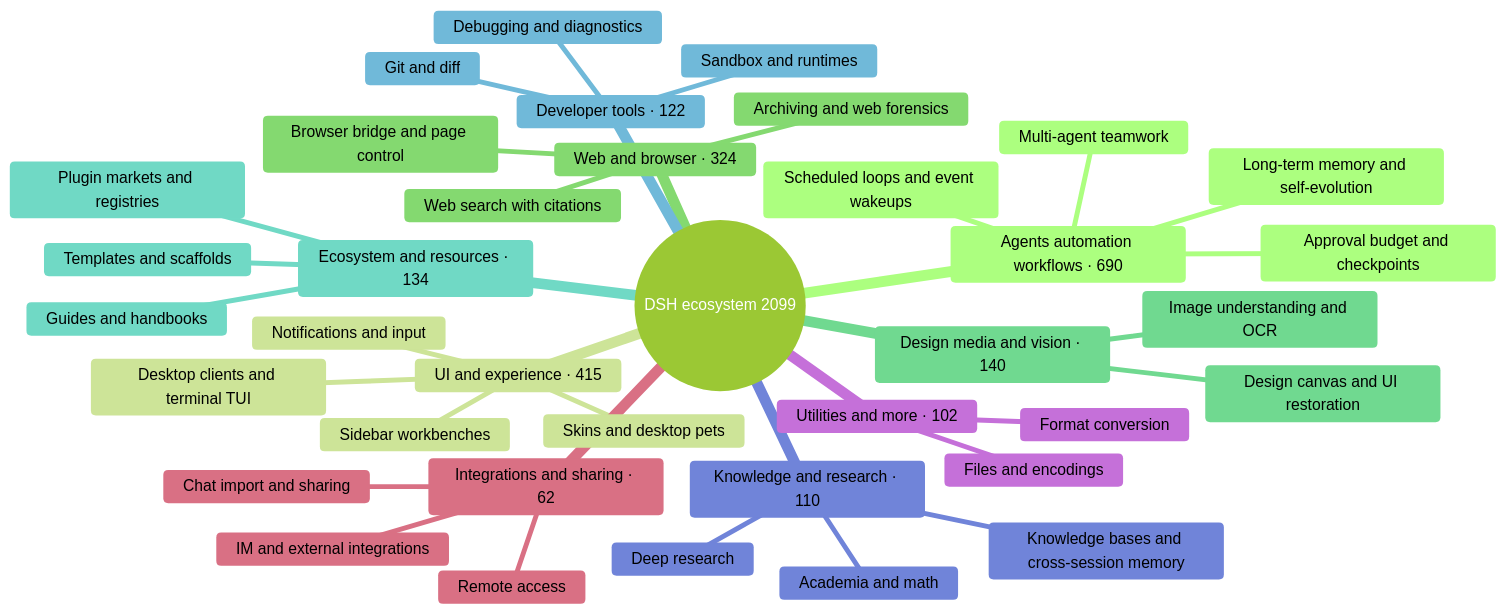
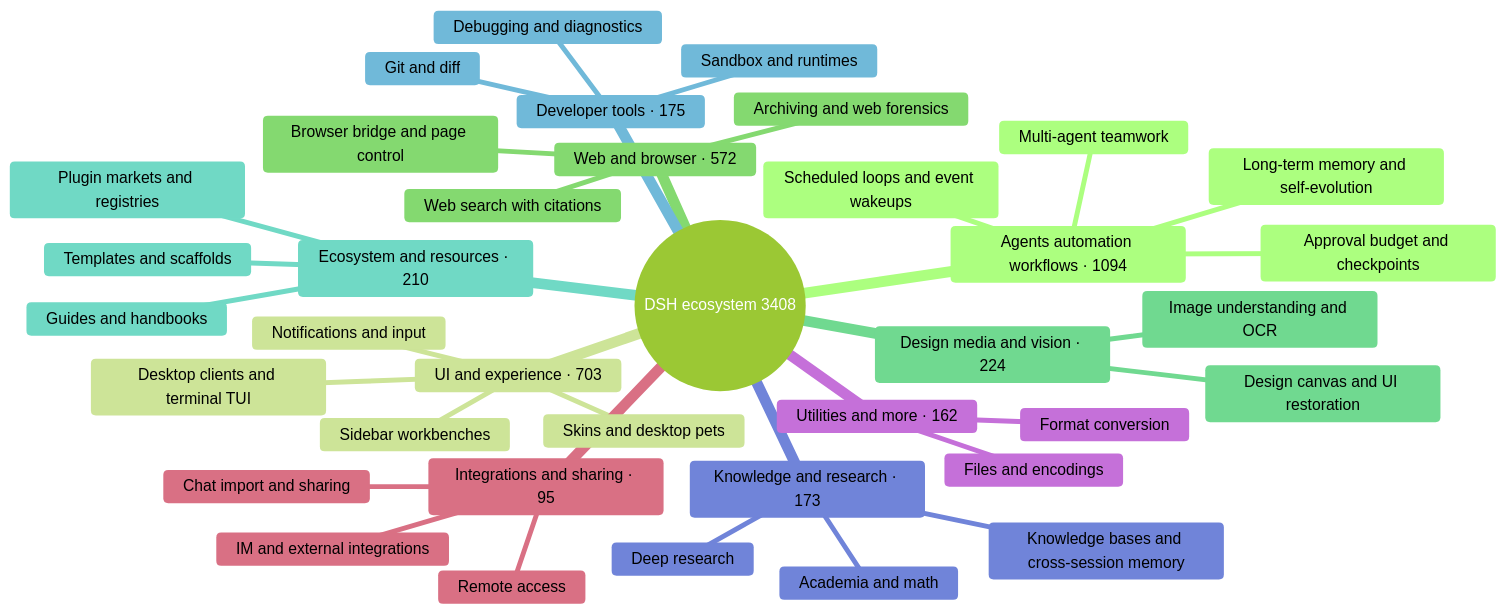
One commit to PGZXB/awesome-dsh-plugin-3 changed the diagram in README_EN.md. Above: the diagram before and after it, drawn with Mermaid (forest theme). The commit also changed other lines of this file and 7 other files, not shown here.

````diff
--- a/README_EN.md
+++ b/README_EN.md
@@ -32,40 +32,40 @@
 ```mermaid
 mindmap
-  root((DSH ecosystem 2099))
-    Agents automation workflows · 690
+  root((DSH ecosystem 3408))
+    Agents automation workflows · 1094
       Scheduled loops and event wakeups
       Multi-agent teamwork
       Long-term memory and self-evolution
       Approval budget and checkpoints
-    UI and experience · 415
+    UI and experience · 703
       Desktop clients and terminal TUI
       Sidebar workbenches
       Skins and desktop pets
       Notifications and input
-    Web and browser · 324
+    Web and browser · 572
       Browser bridge and page control
       Web search with citations
       Archiving and web forensics
-    Design media and vision · 140
+    Design media and vision · 224
       Image understanding and OCR
       Design canvas and UI restoration
-    Ecosystem and resources · 134
+    Ecosystem and resources · 210
       Plugin markets and registries
       Templates and scaffolds
       Guides and handbooks
-    Developer tools · 122
+    Developer tools · 175
       Git and diff
       Sandbox and runtimes
       Debugging and diagnostics
-    Knowledge and research · 110
+    Knowledge and research · 173
       Knowledge bases and cross-session memory
       Deep research
       Academia and math
-    Utilities and more · 102
+    Utilities and more · 162
       Files and encodings
       Format conversion
-    Integrations and sharing · 62
+    Integrations and sharing · 95
       Chat import and sharing
       Remote access
       IM and external integrations
 ```
````
